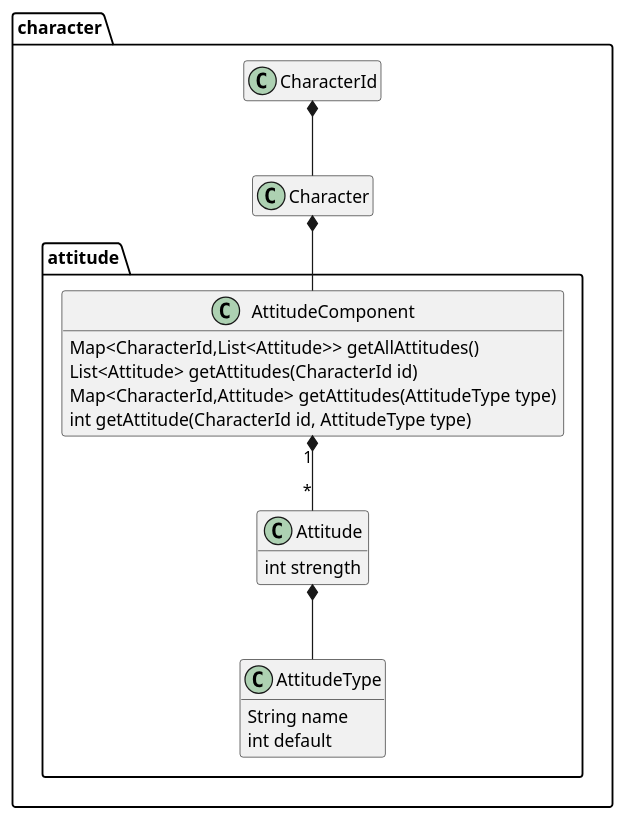
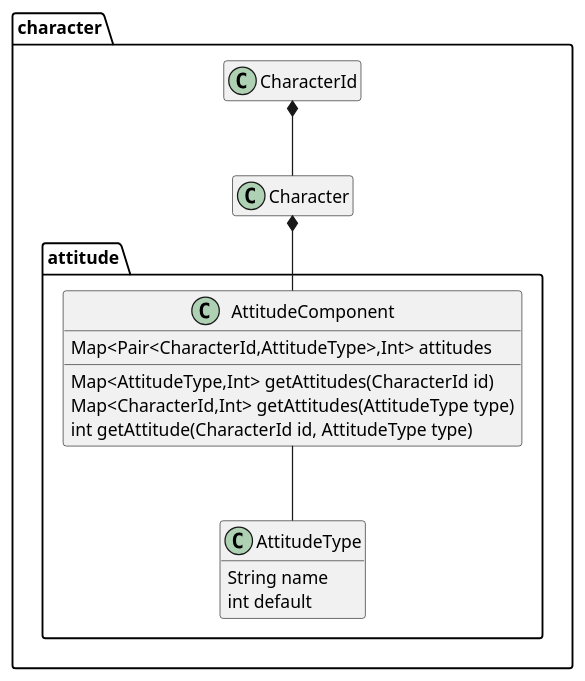
The diagram in doc/design/attitude.puml (Orchaldir/SocialSimulation), drawn with PlantUML before and after one commit.

Commit message:
[#11] Simplify attitude.puml

```diff
--- a/doc/design/attitude.puml
+++ b/doc/design/attitude.puml
@@ -1,38 +1,33 @@
 @startuml
 
 hide empty members
 
 package character {
 
 package attitude {
 
 class AttitudeType {
   String name
   int default
 }
 
-class Attitude {
-  int strength
-}
-
 class AttitudeComponent {
-  Map<CharacterId,List<Attitude>> getAllAttitudes()
-  List<Attitude> getAttitudes(CharacterId id)
-  Map<CharacterId,Attitude> getAttitudes(AttitudeType type)
+  Map<Pair<CharacterId,AttitudeType>,Int> attitudes
+  Map<AttitudeType,Int> getAttitudes(CharacterId id)
+  Map<CharacterId,Int> getAttitudes(AttitudeType type)
   int getAttitude(CharacterId id, AttitudeType type)
 }
 
 }
 
 class CharacterId
 
 class Character
 
 }
 
-Attitude *--  AttitudeType
-AttitudeComponent "1" *-- "*"  Attitude
+AttitudeComponent --  AttitudeType
 Character *--  AttitudeComponent
 CharacterId *--  Character
 
 @enduml
```
